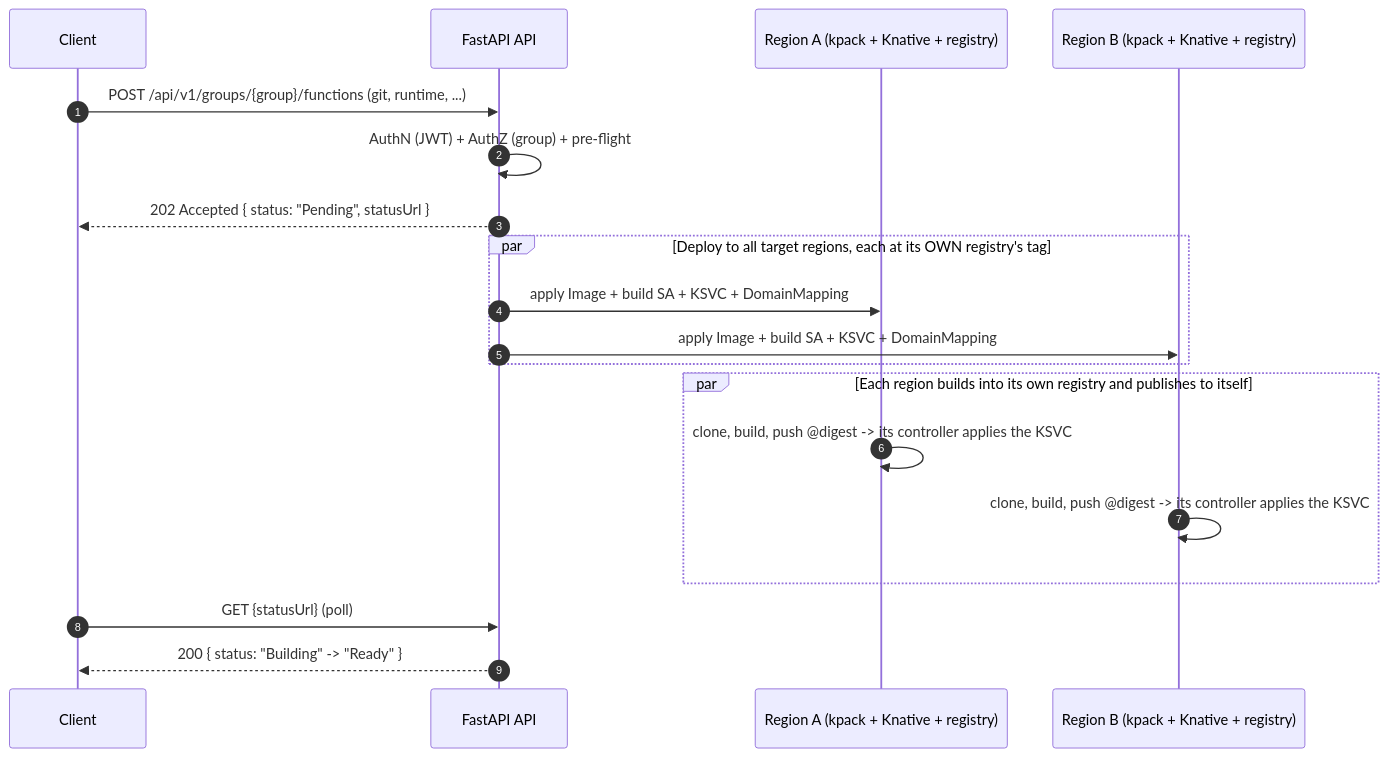
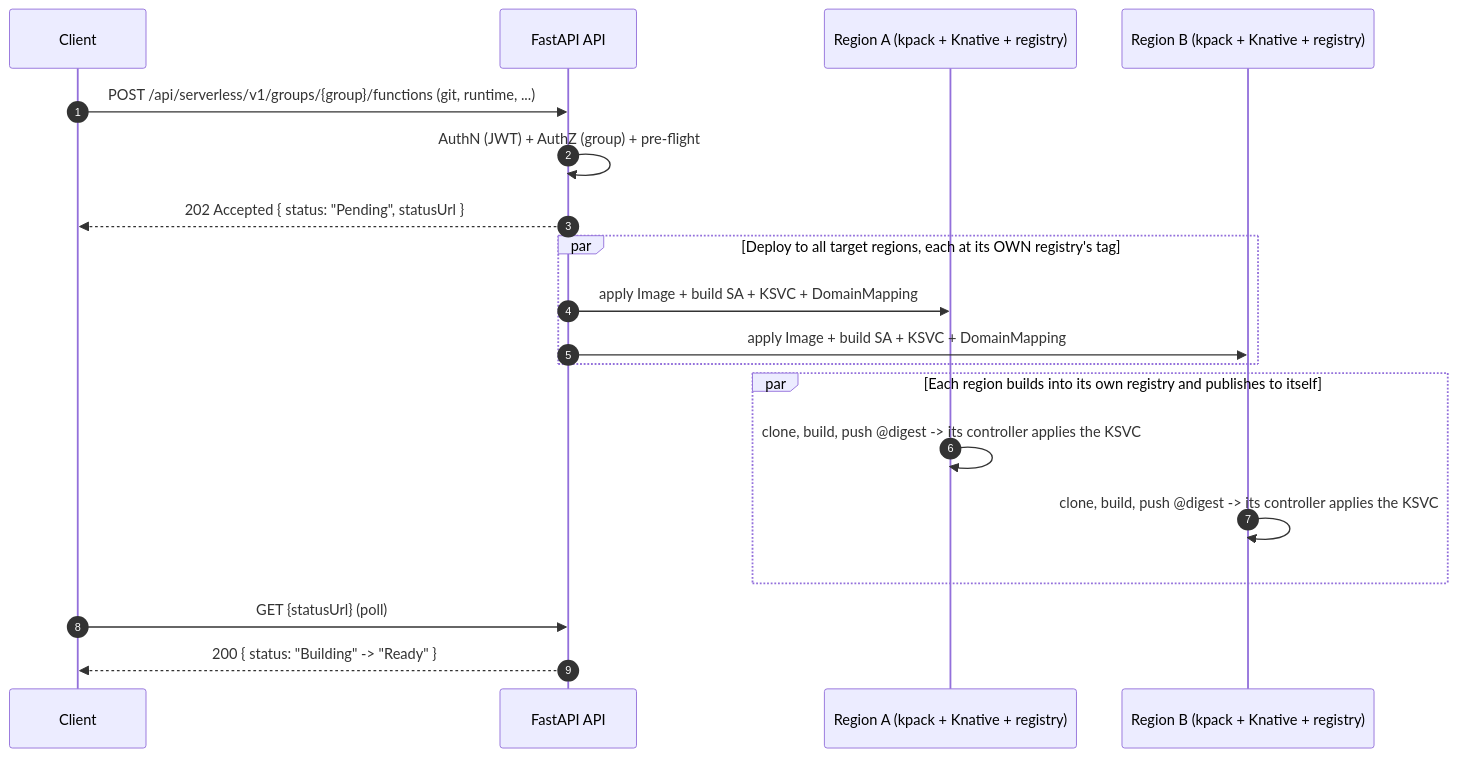
The diagram in docs/FUNCTIONS.md (black-cloudlet/serverless), drawn with Mermaid before and after one commit. The commit also changed other lines of this file and 29 other files, not shown here.

First line of the commit message:
Serve the whole API under /api/serverless, one complete path per endpoint (#58)

````diff
--- a/docs/FUNCTIONS.md
+++ b/docs/FUNCTIONS.md
@@ -56,22 +56,22 @@
 ```mermaid
 sequenceDiagram
     autonumber
     participant U as Client
     participant API as FastAPI API
     participant ZA as Region A (kpack + Knative + registry)
     participant ZB as Region B (kpack + Knative + registry)
 
-    U->>API: POST /api/v1/groups/{group}/functions (git, runtime, ...)
+    U->>API: POST /api/serverless/v1/groups/{group}/functions (git, runtime, ...)
     API->>API: AuthN (JWT) + AuthZ (group) + pre-flight
     API-->>U: 202 Accepted { status: "Pending", statusUrl }
     par Deploy to all target regions, each at its OWN registry's tag
         API->>ZA: apply Image + build SA + KSVC + DomainMapping
         API->>ZB: apply Image + build SA + KSVC + DomainMapping
     end
     par Each region builds into its own registry and publishes to itself
         ZA->>ZA: clone, build, push @digest -> its controller applies the KSVC
         ZB->>ZB: clone, build, push @digest -> its controller applies the KSVC
     end
     U->>API: GET {statusUrl} (poll)
     API-->>U: 200 { status: "Building" -> "Ready" }
 ```
````
